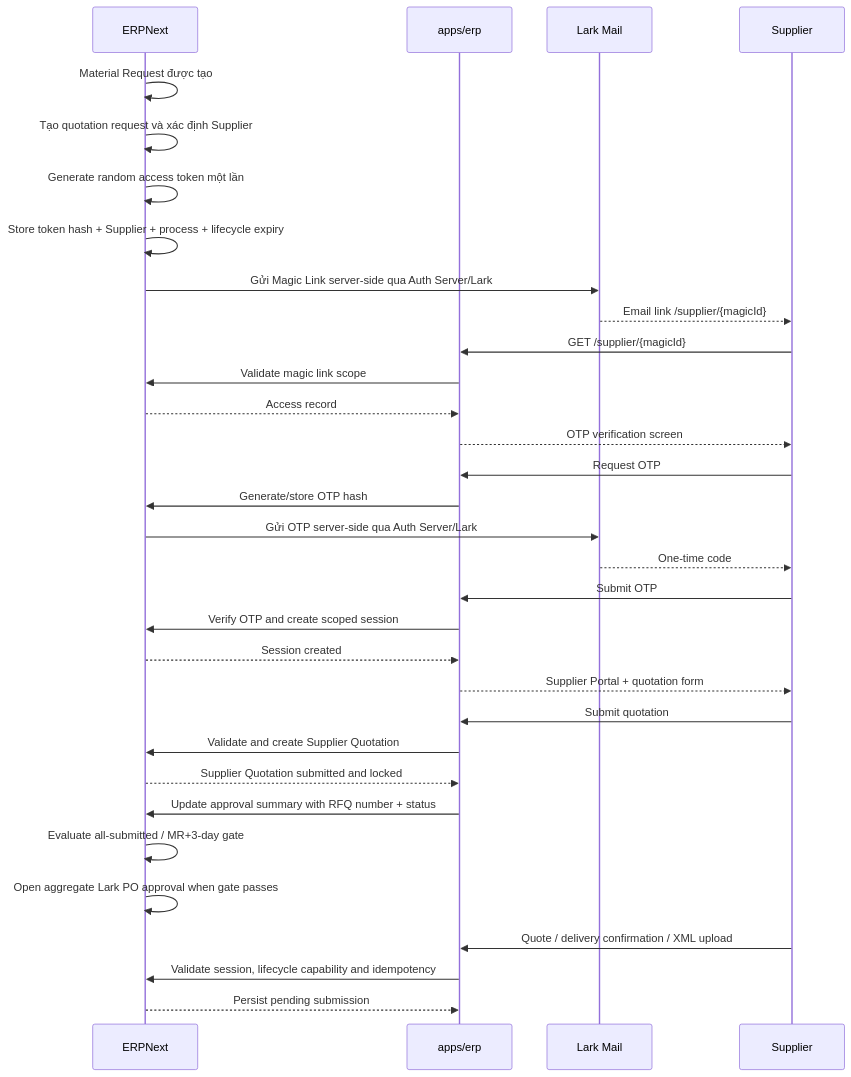
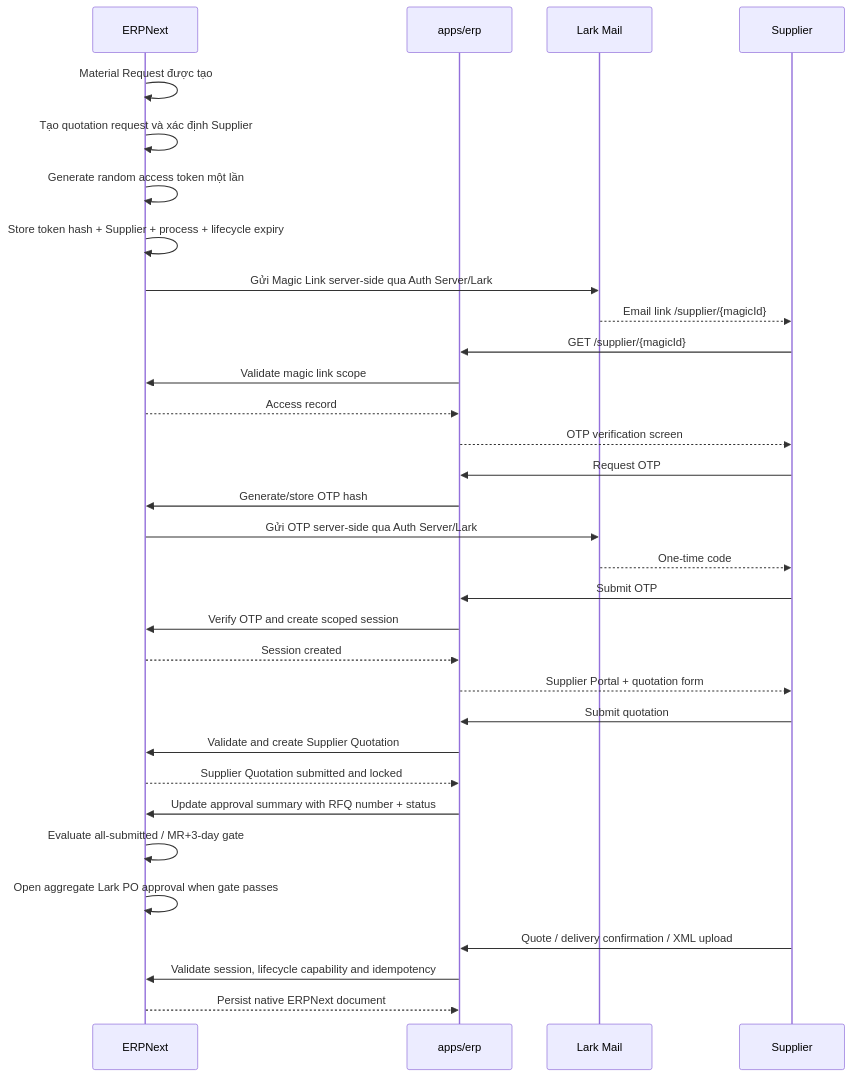
One commit to Kira7dn/erpnext changed the second of 2 diagrams in docs/features/Supplier_Portal_Magic_Link_Email_OTP_Design.md. Above: the diagram before and after it, drawn with Mermaid. The commit also changed other lines of this file and 123 other files, not shown here.

Commit message:
fix purchase approval contracts and runtime flow

````diff
--- a/docs/features/Supplier_Portal_Magic_Link_Email_OTP_Design.md
+++ b/docs/features/Supplier_Portal_Magic_Link_Email_OTP_Design.md
@@ -185,40 +185,40 @@
 ```mermaid
 sequenceDiagram
     participant ERP as ERPNext
     participant APP as apps/erp
     participant MAIL as Lark Mail
     participant SUP as Supplier
 
     ERP->>ERP: Material Request được tạo
     ERP->>ERP: Tạo quotation request và xác định Supplier
     ERP->>ERP: Generate random access token một lần
     ERP->>ERP: Store token hash + Supplier + process + lifecycle expiry
     ERP->>MAIL: Gửi Magic Link server-side qua Auth Server/Lark
     MAIL-->>SUP: Email link /supplier/{magicId}
 
     SUP->>APP: GET /supplier/{magicId}
     APP->>ERP: Validate magic link scope
     ERP-->>APP: Access record
     APP-->>SUP: OTP verification screen
 
     SUP->>APP: Request OTP
     APP->>ERP: Generate/store OTP hash
     ERP->>MAIL: Gửi OTP server-side qua Auth Server/Lark
     MAIL-->>SUP: One-time code
 
     SUP->>APP: Submit OTP
     APP->>ERP: Verify OTP and create scoped session
     ERP-->>APP: Session created
     APP-->>SUP: Supplier Portal + quotation form
 
     SUP->>APP: Submit quotation
     APP->>ERP: Validate and create Supplier Quotation
     ERP-->>APP: Supplier Quotation submitted and locked
     APP->>ERP: Update approval summary with RFQ number + status
     ERP->>ERP: Evaluate all-submitted / MR+3-day gate
     ERP->>ERP: Open aggregate Lark PO approval when gate passes
 
     SUP->>APP: Quote / delivery confirmation / XML upload
     APP->>ERP: Validate session, lifecycle capability and idempotency
-    ERP-->>APP: Persist pending submission
+    ERP-->>APP: Persist native ERPNext document
 ```
````
